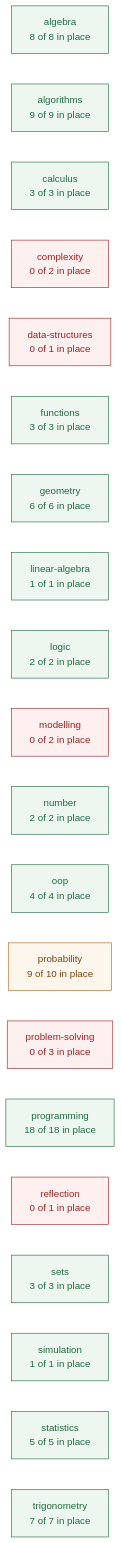
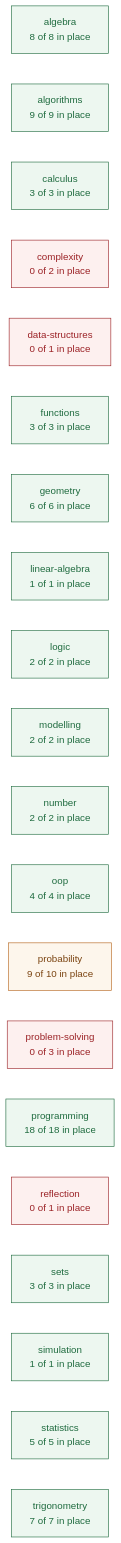
One commit to deweydex/dewlab changed the first of 3 diagrams in planning/CURRICULUM_MAP.md. Above: the diagram before and after it, drawn with Mermaid. The commit also changed other lines of this file and 5 other files, not shown here.

````diff
--- a/planning/CURRICULUM_MAP.md
+++ b/planning/CURRICULUM_MAP.md
@@ -52,30 +52,30 @@
 ```mermaid
 graph LR
   algebra["algebra<br/>8 of 8 in place"]
   algorithms["algorithms<br/>9 of 9 in place"]
   calculus["calculus<br/>3 of 3 in place"]
   complexity["complexity<br/>0 of 2 in place"]
   data_structures["data-structures<br/>0 of 1 in place"]
   functions["functions<br/>3 of 3 in place"]
   geometry["geometry<br/>6 of 6 in place"]
   linear_algebra["linear-algebra<br/>1 of 1 in place"]
   logic["logic<br/>2 of 2 in place"]
-  modelling["modelling<br/>0 of 2 in place"]
+  modelling["modelling<br/>2 of 2 in place"]
   number["number<br/>2 of 2 in place"]
   oop["oop<br/>4 of 4 in place"]
   probability["probability<br/>9 of 10 in place"]
   problem_solving["problem-solving<br/>0 of 3 in place"]
   programming["programming<br/>18 of 18 in place"]
   reflection["reflection<br/>0 of 1 in place"]
   sets["sets<br/>3 of 3 in place"]
   simulation["simulation<br/>1 of 1 in place"]
   statistics["statistics<br/>5 of 5 in place"]
   trigonometry["trigonometry<br/>7 of 7 in place"]
 
   classDef full fill:#edf7f0,stroke:#1f6b3f,color:#1f6b3f;
   classDef part fill:#fdf6ec,stroke:#b5651d,color:#7a4310;
   classDef none fill:#fdf0ef,stroke:#9b2226,color:#9b2226;
-  class algebra,algorithms,calculus,functions,geometry,linear_algebra,logic,number,oop,programming,sets,simulation,statistics,trigonometry full;
+  class algebra,algorithms,calculus,functions,geometry,linear_algebra,logic,modelling,number,oop,programming,sets,simulation,statistics,trigonometry full;
   class probability part;
-  class complexity,data_structures,modelling,problem_solving,reflection none;
+  class complexity,data_structures,problem_solving,reflection none;
 ```
````
